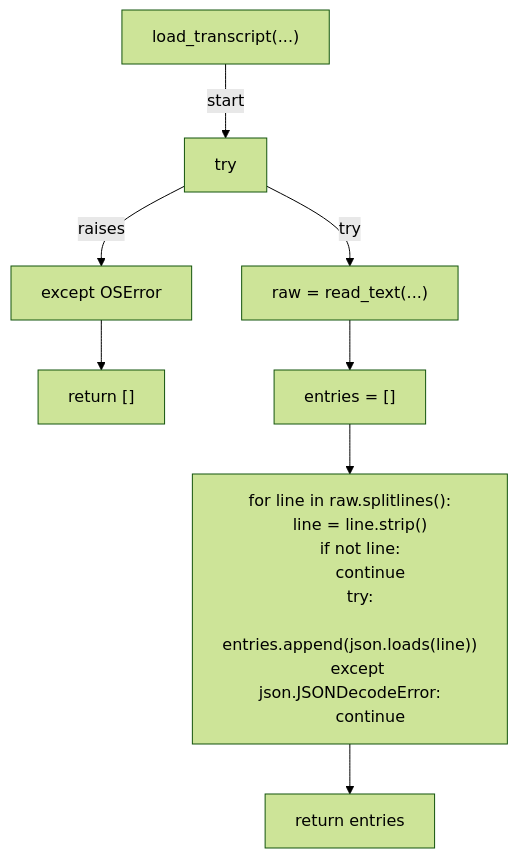
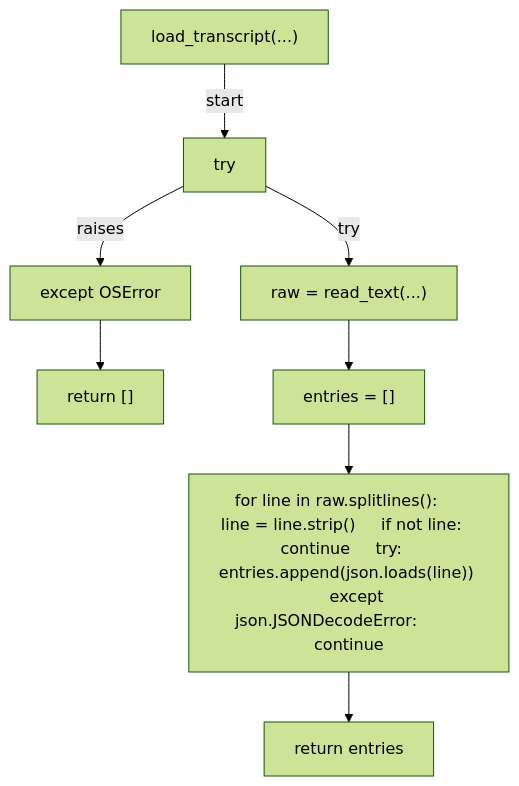
The fifth of 13 diagrams in docs/generated/scripts/ast/session_cost_structure.md (tvna/claude-md), drawn with Mermaid (forest theme) before and after one commit. The commit also changed other lines of this file and 23 other files, not shown here.

First line of the commit message:
docs(generated): regenerate decision tree and workflow diagrams (batch 4/5)

````diff
--- a/docs/generated/scripts/ast/session_cost_structure.md
+++ b/docs/generated/scripts/ast/session_cost_structure.md
@@ -95,25 +83,18 @@
 ```mermaid
 flowchart TD
     N001["load_transcript(...)"]
     N002["try"]
     N003["raw = read_text(...)"]
     N004["except OSError"]
     N005["return []"]
     N006["entries = []"]
-    N007["for line in raw.splitlines():
-    line = line.strip()
-    if not line:
-        continue
-    try:
-        entries.append(json.loads(line))
-    except json.JSONDecodeError:
-        continue"]
+    N007["for line in raw.splitlines():     line = line.strip()     if not line:         continue     try:         entries.append(json.loads(line))     except json.JSONDecodeError:         continue"]
     N008["return entries"]
     N001 -->|"start"| N002
     N002 -->|"try"| N003
     N002 -->|"raises"| N004
     N004 --> N005
     N003 --> N006
     N006 --> N007
     N007 --> N008
 ```
````
